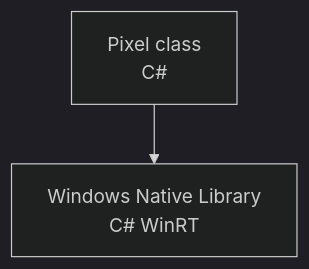
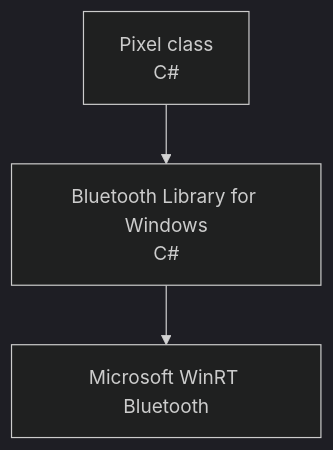
One commit to GameWithPixels/.github changed the sixth of 7 diagrams in doc/InternalArchitecture.md. Above: the diagram before and after it, drawn with Mermaid (dark theme). The commit also changed other lines of this file, not shown here.

Commit message:
Update InternalArchitecture.md diagrams

````diff
--- a/doc/InternalArchitecture.md
+++ b/doc/InternalArchitecture.md
@@ -143,4 +141,4 @@
 ```mermaid
 graph TD;
-    Pixel[Pixel class\nC#]-->WinRTLib[Windows Native Library\nC# WinRT];
+    Pixel[Pixel class\nC#]-->WinRTLib[Bluetooth Library for Windows\nC#]-->WinRTBluetooth[Microsoft WinRT Bluetooth];
 ```
````
